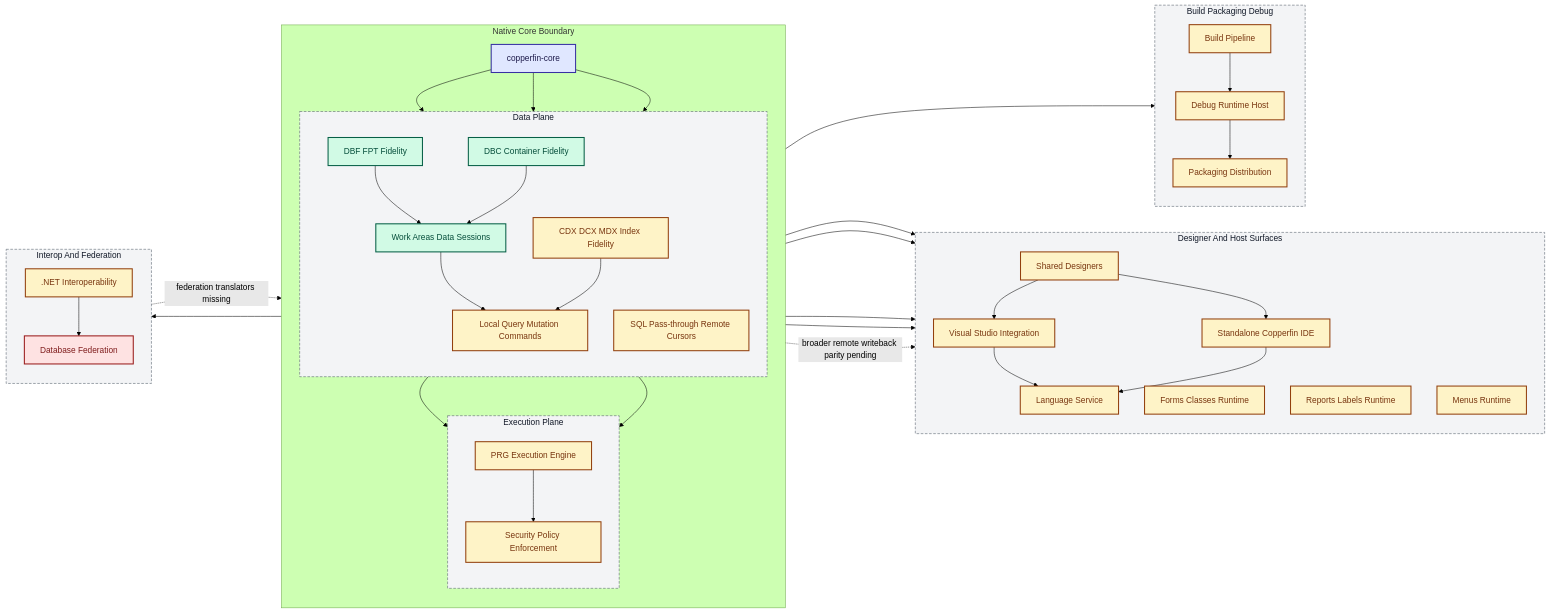
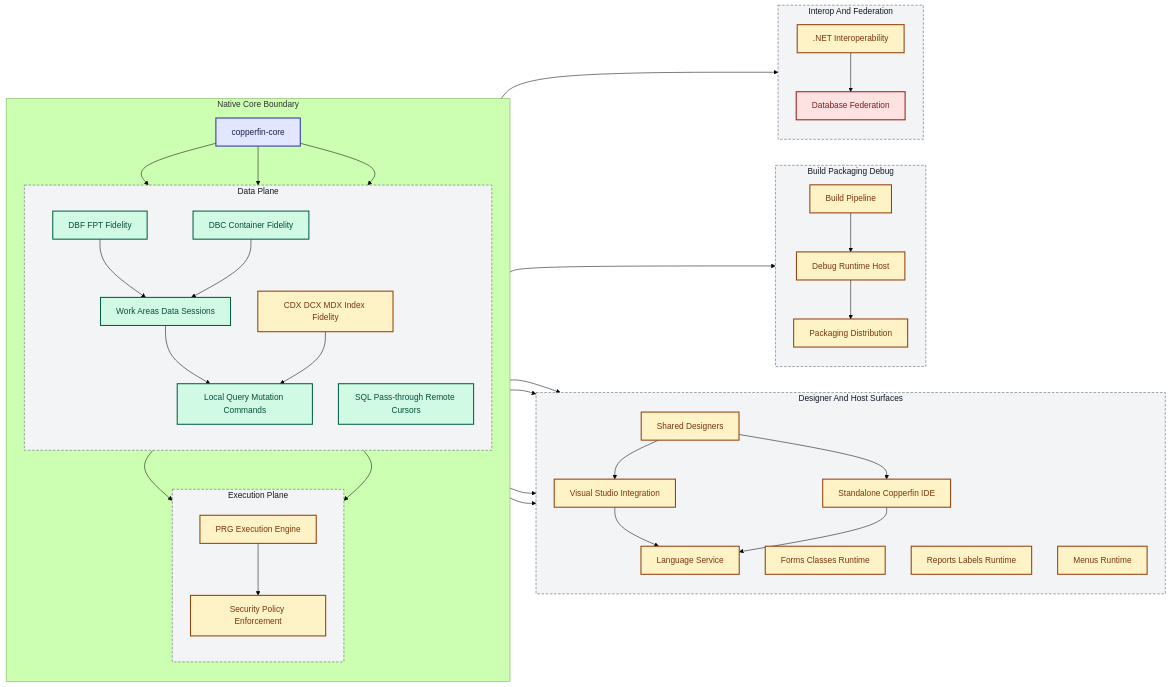
One commit to rhamenator/Project-Copperfin changed the diagram in docs/02-architecture.md. Above: the diagram before and after it, drawn with Mermaid (forest theme). The commit also changed 4 other files, not shown here.

```diff
--- a/docs/02-architecture.md
+++ b/docs/02-architecture.md
@@ -76,8 +76,6 @@
 	PRG --> DOTNET --> FED
 	PRG --> SEC
 
-	FED -. federation translators missing .-> SQ
-	SQ -. broader remote writeback parity pending .-> RPT
 
 	class CORE hub;
 
@@ -85,7 +83,9 @@
 
 	class WS done;
 
-	class IDX,LQ,SQ,PRG,SEC,DES,FORMS,RPT,MENU,VS,IDE,LS,BLD,DBG,PKG,DOTNET partial;
+	class LQ,SQ done;
+
+	class IDX,PRG,SEC,DES,FORMS,RPT,MENU,VS,IDE,LS,BLD,DBG,PKG,DOTNET partial;
 
 	class FED missing;
 
```
